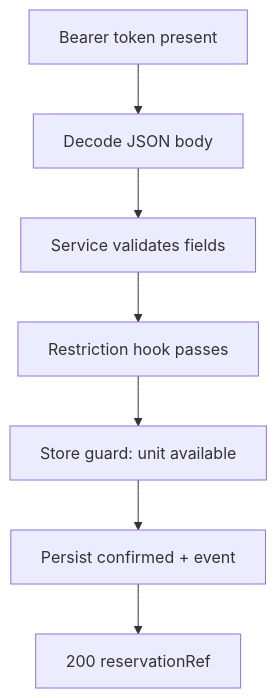
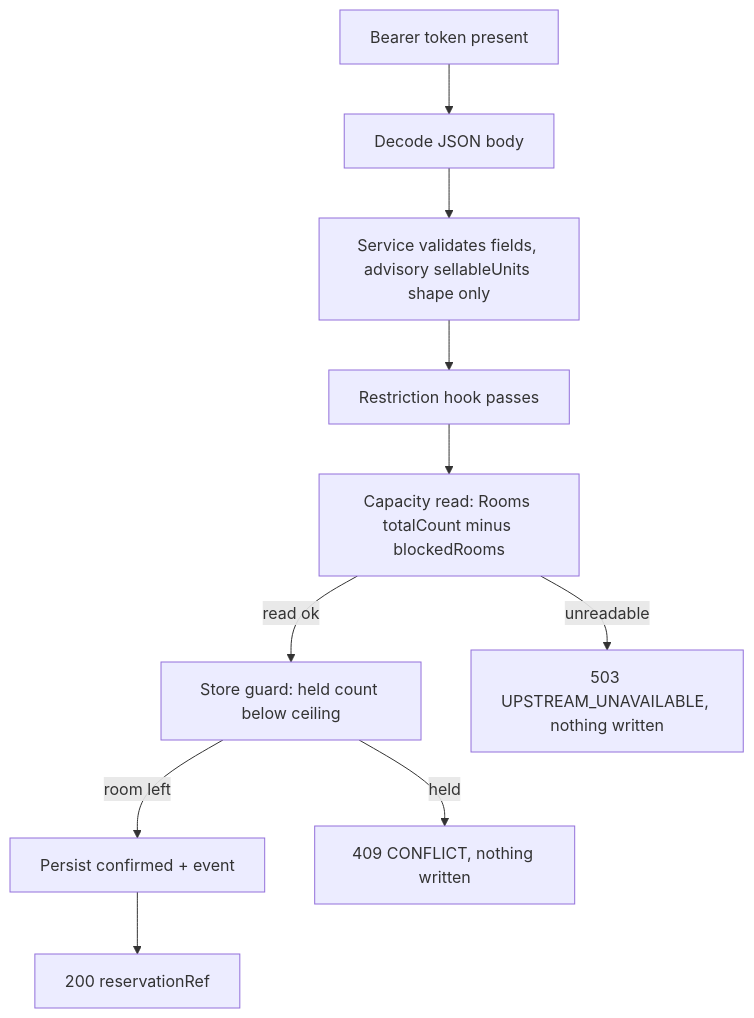
One commit to MingChen1501/hotel-mgmt changed the first of 2 diagrams in docs/architecture/services/reservations.md. Above: the diagram before and after it, drawn with Mermaid. The commit also changed other lines of this file and 39 other files, not shown here.

````diff
--- a/docs/architecture/services/reservations.md
+++ b/docs/architecture/services/reservations.md
@@ -30,9 +31,12 @@
 ```mermaid
 flowchart TD
     A[Bearer token present] --> B[Decode JSON body]
-    B --> C[Service validates fields]
+    B --> C[Service validates fields, advisory sellableUnits shape only]
     C --> D[Restriction hook passes]
-    D --> E[Store guard: unit available]
-    E --> F[Persist confirmed + event]
-    F --> G[200 reservationRef]
+    D --> E[Capacity read: Rooms totalCount minus blockedRooms]
+    E -->|read ok| F[Store guard: held count below ceiling]
+    E -->|unreadable| U[503 UPSTREAM_UNAVAILABLE, nothing written]
+    F -->|room left| G[Persist confirmed + event]
+    F -->|held| X[409 CONFLICT, nothing written]
+    G --> H[200 reservationRef]
 ```
````
